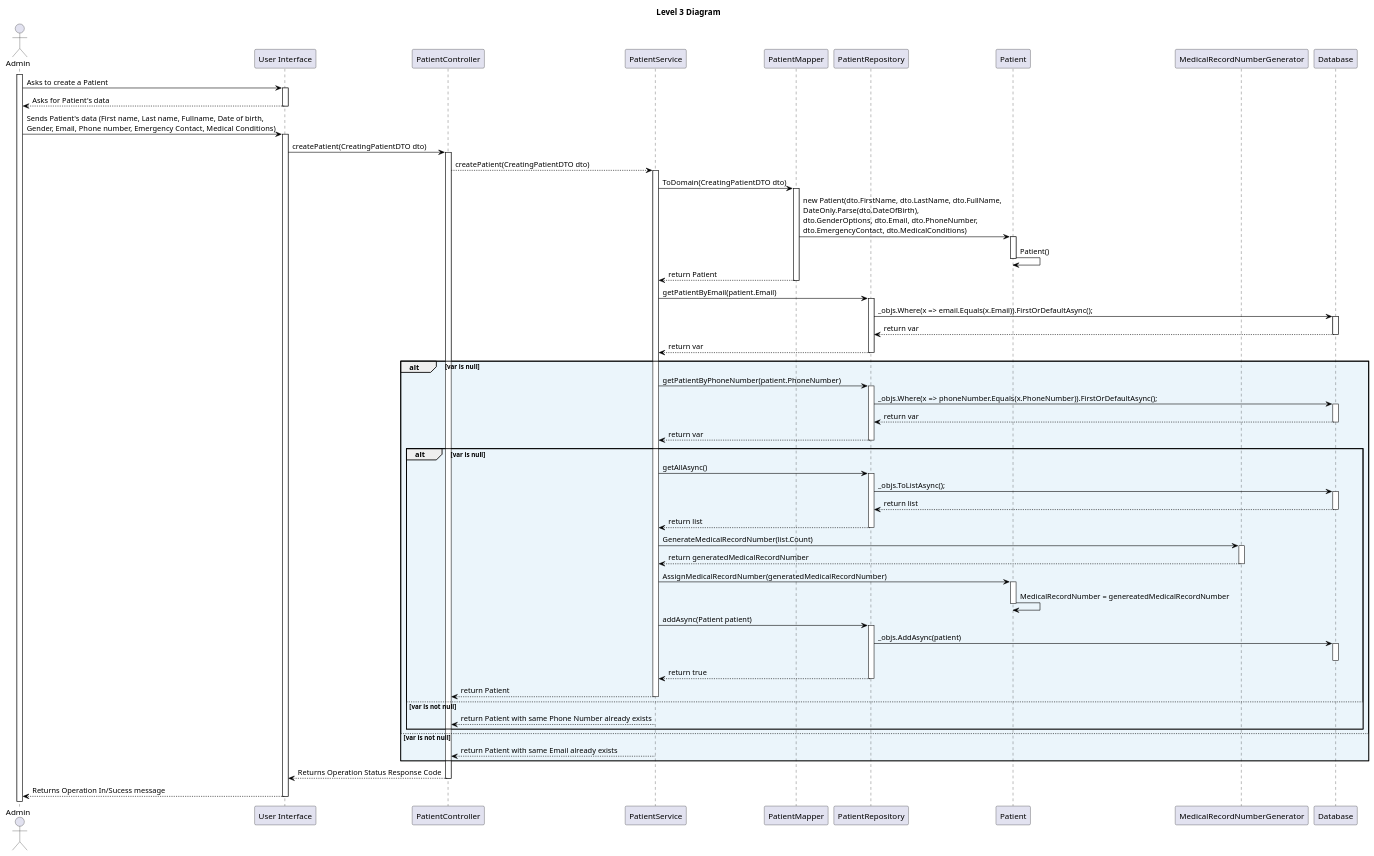
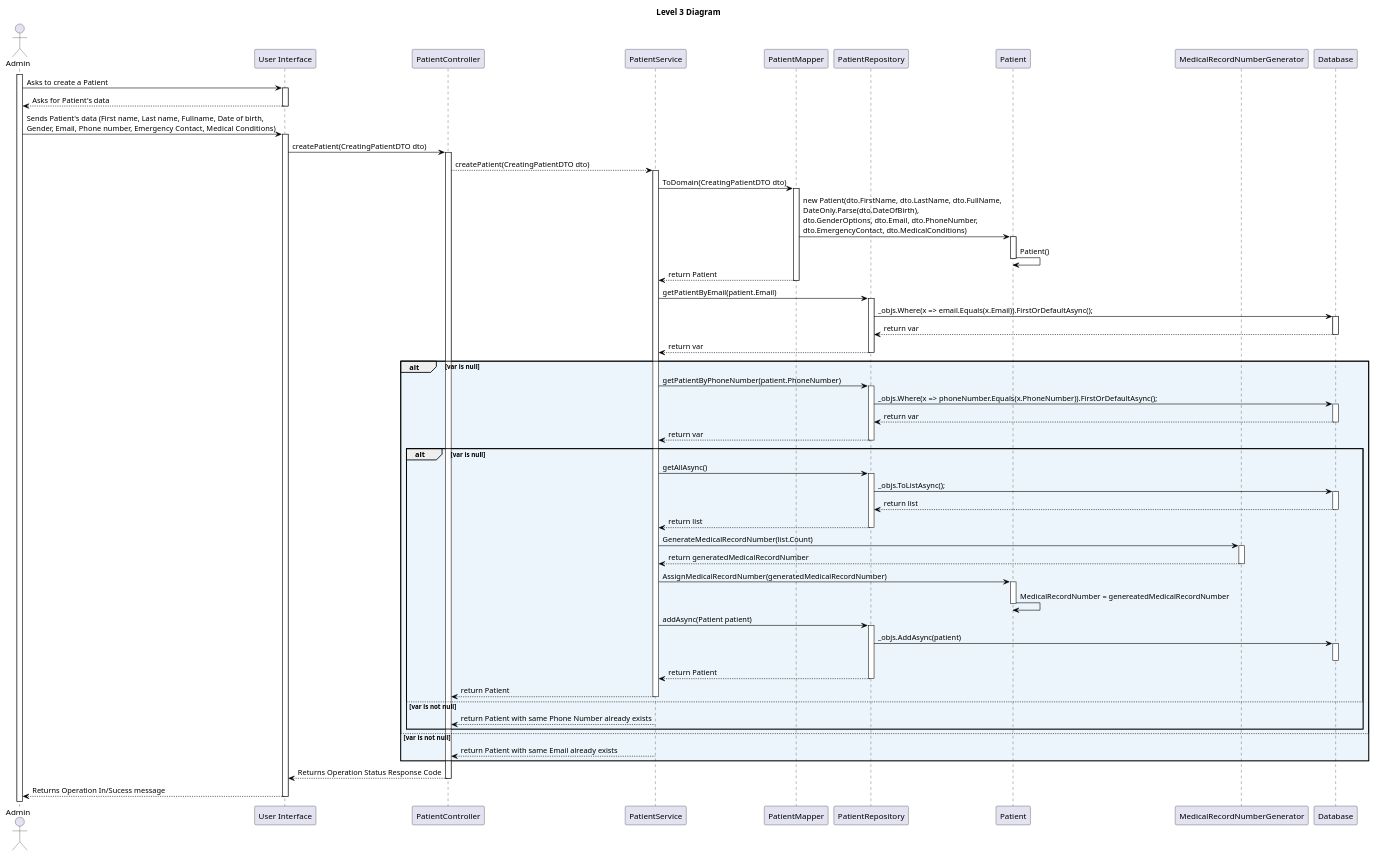
The diagram in docs/sprint_A/us_5.1.8/level_3/puml/level_3.puml (vscosousa/LAPR5_3DC_G15), drawn with PlantUML before and after one commit. The commit also changed 6 other files, not shown here.

```diff
--- a/docs/sprint_A/us_5.1.8/level_3/puml/level_3.puml
+++ b/docs/sprint_A/us_5.1.8/level_3/puml/level_3.puml
@@ -1,107 +1,107 @@
 @startuml level_3
 
 title Level 3 Diagram
 
 hide empty members
 'skinparam Linetype ortho
 
 skinparam class {
     BackgroundColor<<valueObject>> #D6EAF8
     BackgroundColor<<root>> #FDEBD0
     BackgroundColor<<service>> #D1F2EB
     BackgroundColor #FEF9E7
     ArrowColor Black
 }
 
 skinparam package {
     BackgroundColor #EBF5FB
 }
 
 actor Admin as A
 participant "User Interface" as UI
 participant "PatientController" as C
 participant "PatientService" as S
 participant "PatientMapper" as M
 participant "PatientRepository" as R
 participant "Patient" as P
 participant "MedicalRecordNumberGenerator" as MRNG
 participant "Database" as DB
 
 
 activate A
 A -> UI: Asks to create a Patient
 activate UI
 UI --> A: Asks for Patient's data
 deactivate UI
 A -> UI: Sends Patient's data (First name, Last name, Fullname, Date of birth, \nGender, Email, Phone number, Emergency Contact, Medical Conditions)
 activate UI
 UI -> C: createPatient(CreatingPatientDTO dto)
 activate C
 C --> S: createPatient(CreatingPatientDTO dto)
 activate S
 S -> M: ToDomain(CreatingPatientDTO dto)
 activate M
 M -> P: new Patient(dto.FirstName, dto.LastName, dto.FullName, \nDateOnly.Parse(dto.DateOfBirth), \ndto.GenderOptions, dto.Email, dto.PhoneNumber, \ndto.EmergencyContact, dto.MedicalConditions)
 activate P
 P -> P: Patient()
 deactivate P
 M --> S: return Patient
 deactivate M
 S -> R: getPatientByEmail(patient.Email)
 activate R
 R -> DB: _objs.Where(x => email.Equals(x.Email)).FirstOrDefaultAsync();
 activate DB
 DB --> R: return var
 deactivate DB
 R --> S: return var
 deactivate R
 alt var is null
     S -> R: getPatientByPhoneNumber(patient.PhoneNumber)
     activate R
     R -> DB: _objs.Where(x => phoneNumber.Equals(x.PhoneNumber)).FirstOrDefaultAsync();
     activate DB
     DB --> R: return var
     deactivate DB
     R --> S: return var
     deactivate R
     alt var is null
         S -> R: getAllAsync()
         activate R
         R -> DB: _objs.ToListAsync();
         activate DB
         DB --> R: return list
         deactivate DB
         R --> S: return list
         deactivate R
         S -> MRNG: GenerateMedicalRecordNumber(list.Count)
         activate MRNG
         MRNG --> S: return generatedMedicalRecordNumber
         deactivate MRNG
         S -> P: AssignMedicalRecordNumber(generatedMedicalRecordNumber)
         activate P
         P -> P: MedicalRecordNumber = genereatedMedicalRecordNumber
         deactivate P
         S -> R: addAsync(Patient patient)
         activate R
         R -> DB: _objs.AddAsync(patient)
         activate DB
         deactivate DB
-        R --> S: return true
+        R --> S: return Patient
         deactivate R
         S --> C: return Patient
         deactivate S
     else var is not null
         S --> C: return Patient with same Phone Number already exists
         deactivate S
     end
 else var is not null
     S --> C: return Patient with same Email already exists
     deactivate S
 end
 C --> UI: Returns Operation Status Response Code
 deactivate C
 UI --> A: Returns Operation In/Sucess message
 deactivate UI
 
 
 @enduml
```
